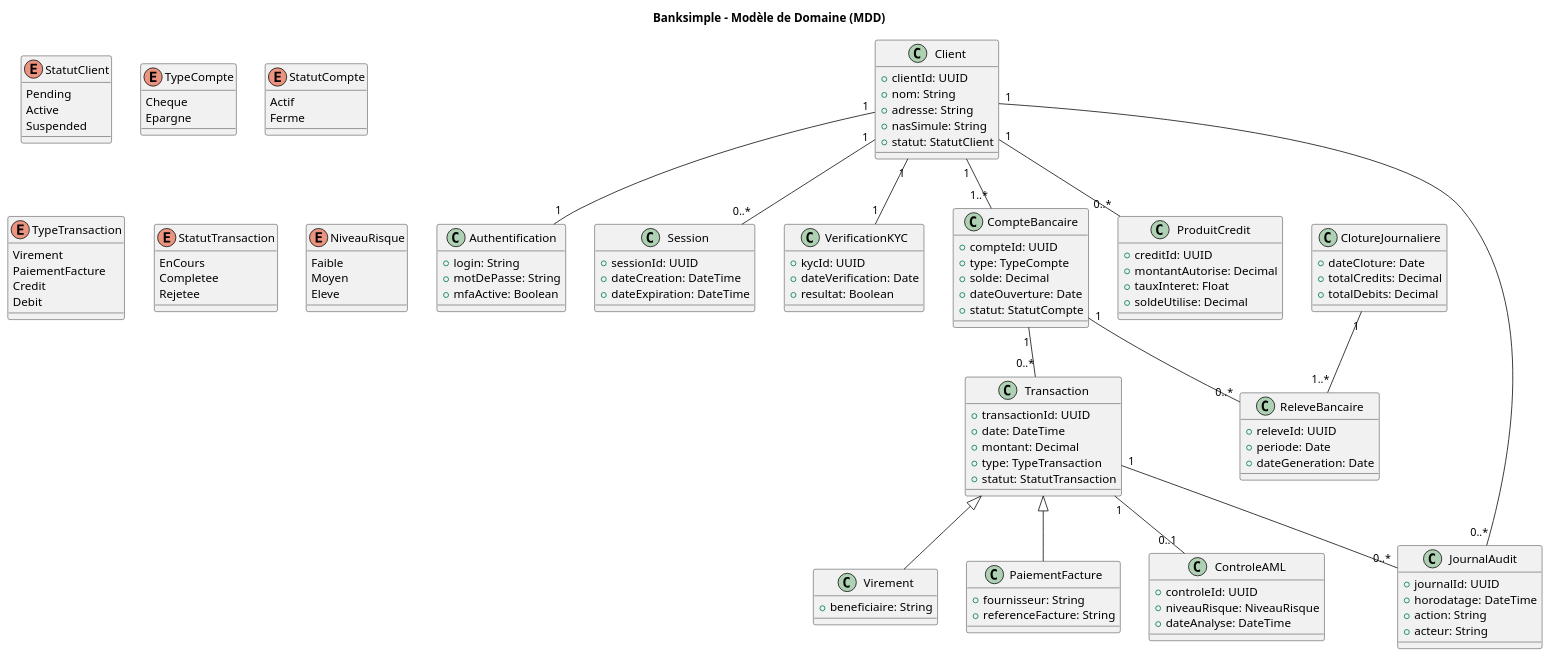
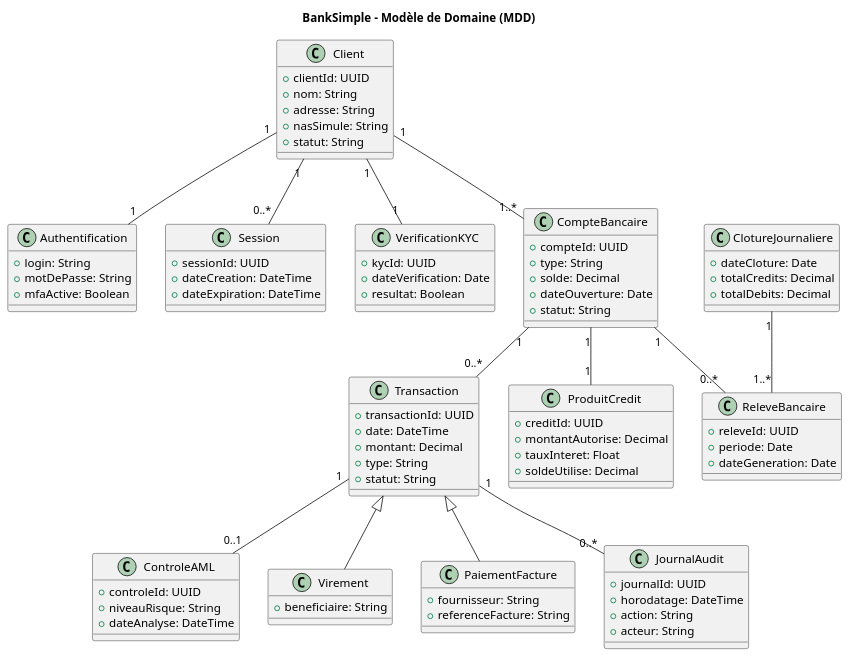
Before and after one commit to Toksunus/banksimple: the diagram in PlantUML/mdd.puml, drawn with PlantUML. The commit also changed 3 other files, not shown here.

```diff
--- a/PlantUML/mdd.puml
+++ b/PlantUML/mdd.puml
@@ -1,155 +1,116 @@
 @startuml
-title Banksimple - Modèle de Domaine (MDD)
+title BankSimple - Modèle de Domaine (MDD)
 
 class Client {
   +clientId: UUID
   +nom: String
   +adresse: String
   +nasSimule: String
-  +statut: StatutClient
+  +statut: String
 }
 
-enum StatutClient {
-  Pending
-  Active
-  Suspended
-}
+'===============================================
 
 class Authentification {
   +login: String
   +motDePasse: String
   +mfaActive: Boolean
 }
 
+Client "1" -- "1" Authentification
+
+'===============================================
+
 class Session {
   +sessionId: UUID
   +dateCreation: DateTime
   +dateExpiration: DateTime
 }
+
+Client "1" -- "0..*" Session
+
+'===============================================
 
 class VerificationKYC {
   +kycId: UUID
   +dateVerification: Date
   +resultat: Boolean
 }
 
-Client "1" -- "1" Authentification
-Client "1" -- "0..*" Session
 Client "1" -- "1" VerificationKYC
 
-'====================
+'===============================================
 
 class CompteBancaire {
   +compteId: UUID
-  +type: TypeCompte
+  +type: String
   +solde: Decimal
   +dateOuverture: Date
-  +statut: StatutCompte
+  +statut: String
 }
-
-enum TypeCompte {
-  Cheque
-  Epargne
-}
-
-enum StatutCompte {
-  Actif
-  Ferme
-}
-
-Client "1" -- "1..*" CompteBancaire
-
-'====================
 
 class Transaction {
   +transactionId: UUID
   +date: DateTime
   +montant: Decimal
-  +type: TypeTransaction
-  +statut: StatutTransaction
+  +type: String
+  +statut: String
 }
 
-enum TypeTransaction {
-  Virement
-  PaiementFacture
-  Credit
-  Debit
+class ControleAML {
+  +controleId: UUID
+  +niveauRisque: String
+  +dateAnalyse: DateTime
 }
-
-enum StatutTransaction {
-  EnCours
-  Completee
-  Rejetee
-}
-
-CompteBancaire "1" -- "0..*" Transaction
 
 class Virement {
   +beneficiaire: String
 }
 
 class PaiementFacture {
   +fournisseur: String
   +referenceFacture: String
 }
 
-Transaction <|-- Virement
-Transaction <|-- PaiementFacture
-
-'====================
-
-class ProduitCredit {
-  +creditId: UUID
-  +montantAutorise: Decimal
-  +tauxInteret: Float
-  +soldeUtilise: Decimal
-}
-
-Client "1" -- "0..*" ProduitCredit
-
-'====================
-
-class ControleAML {
-  +controleId: UUID
-  +niveauRisque: NiveauRisque
-  +dateAnalyse: DateTime
-}
-
-enum NiveauRisque {
-  Faible
-  Moyen
-  Eleve
-}
-
-Transaction "1" -- "0..1" ControleAML
-
-'====================
-
 class JournalAudit {
   +journalId: UUID
   +horodatage: DateTime
   +action: String
   +acteur: String
 }
-
-Client "1" -- "0..*" JournalAudit
-Transaction "1" -- "0..*" JournalAudit
-
-'====================
 
 class ClotureJournaliere {
   +dateCloture: Date
   +totalCredits: Decimal
   +totalDebits: Decimal
 }
 
 class ReleveBancaire {
   +releveId: UUID
   +periode: Date
   +dateGeneration: Date
 }
 
+class ProduitCredit {
+  +creditId: UUID
+  +montantAutorise: Decimal
+  +tauxInteret: Float
+  +soldeUtilise: Decimal
+}
+
+'===============================================
+
+Client "1" -- "1..*" CompteBancaire
+
+CompteBancaire "1" -- "0..*" Transaction
+CompteBancaire "1" -- "0..*" ReleveBancaire
+CompteBancaire "1" -- "1" ProduitCredit
+
+Transaction <|-- Virement
+Transaction <|-- PaiementFacture
+Transaction "1" -- "0..1" ControleAML
+Transaction "1" -- "0..*" JournalAudit
+
 ClotureJournaliere "1" -- "1..*" ReleveBancaire
-CompteBancaire "1" -- "0..*" ReleveBancaire
 
 @enduml
```
